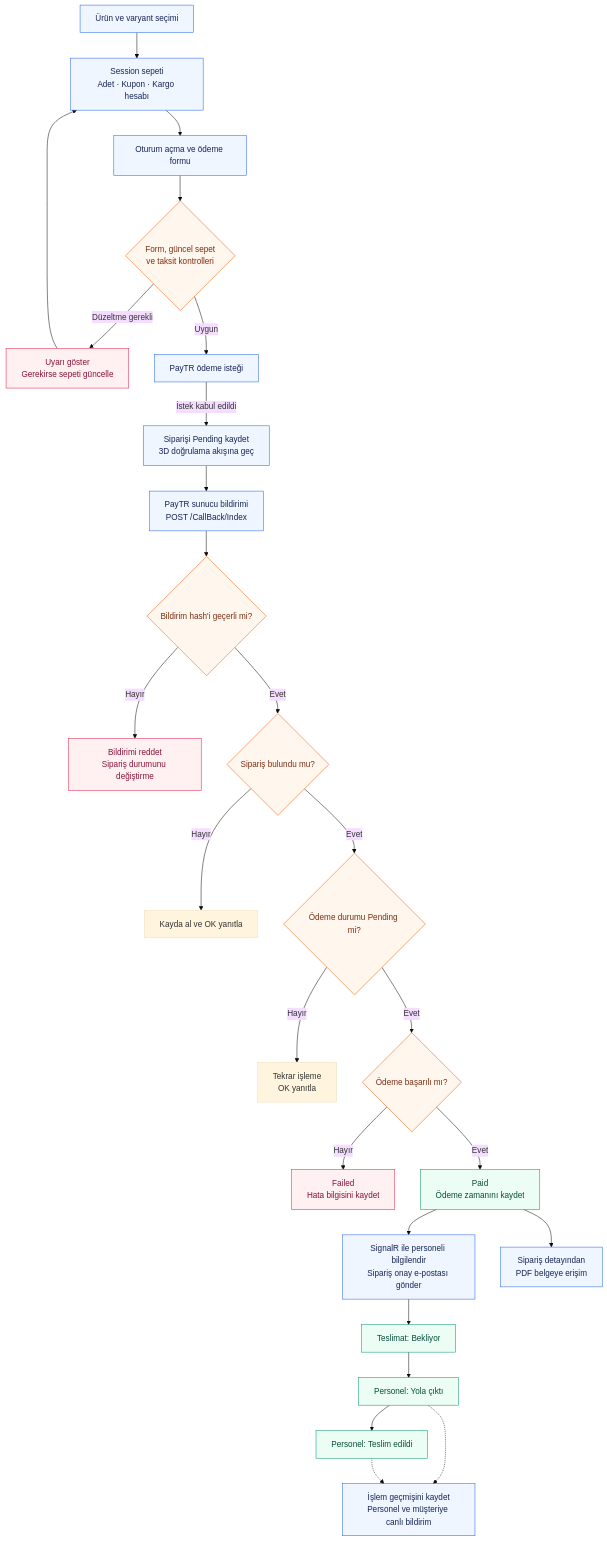
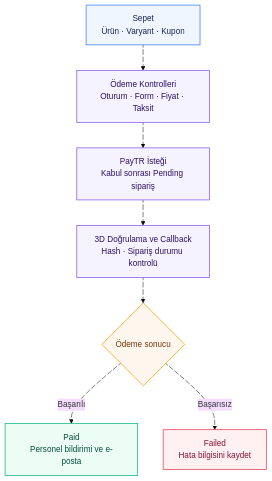
One commit to burakhanulusoy/MyAcademy_Bagery changed the fourth of 8 diagrams in README.md. Above: the diagram before and after it, drawn with Mermaid (base theme). The commit also changed other lines of this file, not shown here.

````diff
--- a/README.md
+++ b/README.md
@@ -259,36 +312,34 @@
 ```mermaid
-flowchart TD
-    A["Ürün ve varyant seçimi"] --> B["Session sepeti<br/>Adet · Kupon · Kargo hesabı"]
-    B --> C["Oturum açma ve ödeme formu"]
-    C --> D{"Form, güncel sepet<br/>ve taksit kontrolleri"}
-    D -->|"Düzeltme gerekli"| E["Uyarı göster<br/>Gerekirse sepeti güncelle"]
-    E --> B
-    D -->|"Uygun"| F["PayTR ödeme isteği"]
-    F -->|"İstek kabul edildi"| G["Siparişi Pending kaydet<br/>3D doğrulama akışına geç"]
-    G --> H["PayTR sunucu bildirimi<br/>POST /CallBack/Index"]
-    H --> I{"Bildirim hash'i geçerli mi?"}
-    I -->|"Hayır"| J["Bildirimi reddet<br/>Sipariş durumunu değiştirme"]
-    I -->|"Evet"| K{"Sipariş bulundu mu?"}
-    K -->|"Hayır"| L["Kayda al ve OK yanıtla"]
-    K -->|"Evet"| M{"Ödeme durumu Pending mi?"}
-    M -->|"Hayır"| N["Tekrar işleme<br/>OK yanıtla"]
-    M -->|"Evet"| O{"Ödeme başarılı mı?"}
-    O -->|"Hayır"| P["Failed<br/>Hata bilgisini kaydet"]
-    O -->|"Evet"| Q["Paid<br/>Ödeme zamanını kaydet"]
-    Q --> R["SignalR ile personeli bilgilendir<br/>Sipariş onay e-postası gönder"]
-    Q --> S["Sipariş detayından<br/>PDF belgeye erişim"]
-    R --> T["Teslimat: Bekliyor"]
-    T --> U["Personel: Yola çıktı"]
-    U --> V["Personel: Teslim edildi"]
-    U -.-> W["İşlem geçmişini kaydet<br/>Personel ve müşteriye canlı bildirim"]
-    V -.-> W
+flowchart TB
+    A["Sepet<br/>Ürün · Varyant · Kupon"]
+    B["Ödeme Kontrolleri<br/>Oturum · Form · Fiyat · Taksit"]
+    C["PayTR İsteği<br/>Kabul sonrası Pending sipariş"]
+    D["3D Doğrulama ve Callback<br/>Hash · Sipariş durumu kontrolü"]
+    E{"Ödeme sonucu"}
+    F["Paid<br/>Personel bildirimi ve e-posta"]
+    G["Failed<br/>Hata bilgisini kaydet"]
+    A d1@--> B
+    B d2@--> C
+    C d3@--> D
+    D d4@--> E
+    E d5@-->|"Başarılı"| F
+    E d6@-->|"Başarısız"| G
+    class A entry;
+    class B,C,D process;
+    class E decision;
+    class F success;
+    class G failure;
 
-    classDef process fill:#eff6ff,stroke:#2563eb,color:#172554;
-    classDef decision fill:#fff7ed,stroke:#ea580c,color:#7c2d12;
-    classDef success fill:#ecfdf5,stroke:#059669,color:#064e3b;
-    classDef failure fill:#fff1f2,stroke:#e11d48,color:#881337;
-    class A,B,C,F,G,H,R,S,W process;
-    class D,I,K,M,O decision;
-    class Q,T,U,V success;
-    class E,J,P failure;
+    classDef entry fill:#EFF6FF,stroke:#3B82F6,color:#172554,stroke-width:1.5px;
+    classDef process fill:#F5F3FF,stroke:#8B5CF6,color:#2E1065,stroke-width:1.5px;
+    classDef success fill:#ECFDF5,stroke:#10B981,color:#064E3B,stroke-width:1.5px;
+    classDef decision fill:#FFF7ED,stroke:#F59E0B,color:#78350F,stroke-width:1.5px;
+    classDef failure fill:#FFF1F2,stroke:#F43F5E,color:#881337,stroke-width:1.5px;
+
+    d1@{ animation: slow }
+    d2@{ animation: slow }
+    d3@{ animation: slow }
+    d4@{ animation: slow }
+    d5@{ animation: slow }
+    d6@{ animation: slow }
 ```
````
